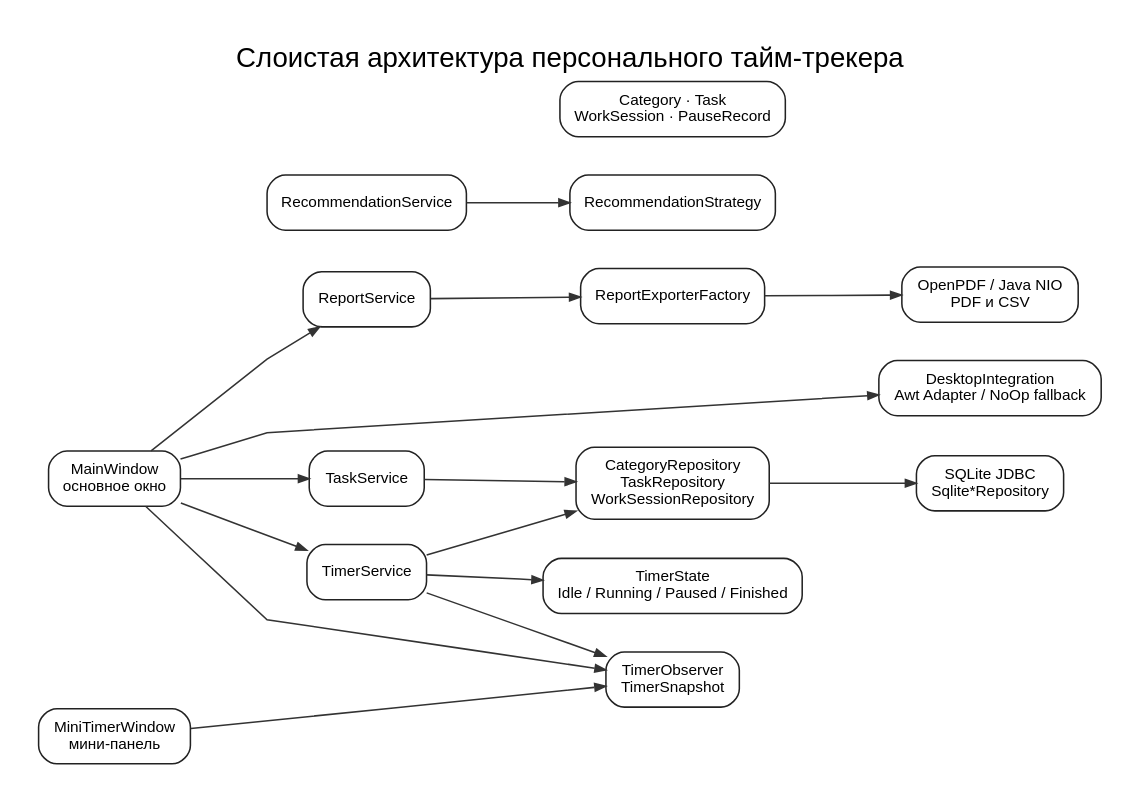
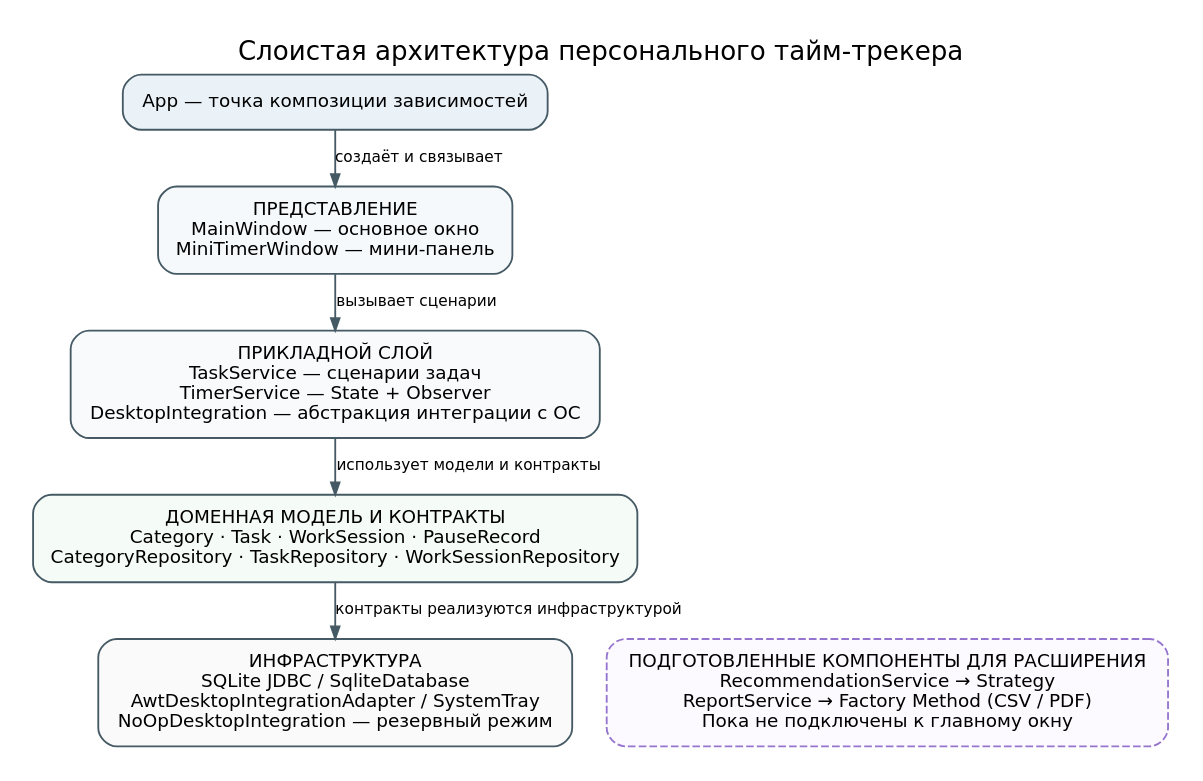
One commit to uhnlyz/khusyainov changed the diagram in docs/practice-3/diagrams/architecture.dot. Above: the diagram before and after it, drawn with Graphviz. The commit also changed 13 other files, not shown here.

Commit message:
Добавлена единая редакция SRS с главой ПР3 и исправленными UML-диаграммами

```diff
--- a/docs/practice-3/diagrams/architecture.dot
+++ b/docs/practice-3/diagrams/architecture.dot
@@ -1,36 +1,17 @@
-
 digraph Architecture {
-  graph [rankdir=LR, bgcolor="white", pad="0.25", nodesep="0.35", ranksep="0.7", splines=polyline, fontname="Arial", label="Слоистая архитектура персонального тайм-трекера", labelloc=t, fontsize=18];
-  node [shape=box, style="rounded", color="#222222", fontname="Arial", fontsize=10, margin="0.14,0.10"];
-  edge [color="#333333", arrowsize=0.7, fontname="Arial", fontsize=8];
-  subgraph cluster_presentation { label="Представление"; color="#777777"; style="rounded";
-    main [label="MainWindow\nосновное окно"];
-    mini [label="MiniTimerWindow\nмини-панель"];
-  }
-  subgraph cluster_application { label="Прикладной слой"; color="#777777"; style="rounded";
-    task [label="TaskService"];
-    timer [label="TimerService"];
-    rec [label="RecommendationService"];
-    report [label="ReportService"];
-  }
-  subgraph cluster_domain { label="Доменная модель и контракты"; color="#777777"; style="rounded";
-    model [label="Category · Task\nWorkSession · PauseRecord"];
-    state [label="TimerState\nIdle / Running / Paused / Finished"];
-    observer [label="TimerObserver\nTimerSnapshot"];
-    strategy [label="RecommendationStrategy"];
-    repos [label="CategoryRepository\nTaskRepository\nWorkSessionRepository"];
-    exporter [label="ReportExporterFactory"];
-  }
-  subgraph cluster_infrastructure { label="Инфраструктура"; color="#777777"; style="rounded";
-    sqlite [label="SQLite JDBC\nSqlite*Repository"];
-    adapter [label="DesktopIntegration\nAwt Adapter / NoOp fallback"];
-    pdf [label="OpenPDF / Java NIO\nPDF и CSV"];
-  }
-  main -> task; main -> timer; main -> report; mini -> observer; main -> observer;
-  timer -> state; timer -> observer; timer -> repos; task -> repos;
-  rec -> strategy; report -> exporter; repos -> sqlite; main -> adapter; exporter -> pdf;
-  {rank=same; main; mini;}
-  {rank=same; task; timer; rec; report;}
-  {rank=same; model; state; observer; strategy; repos; exporter;}
-  {rank=same; sqlite; adapter; pdf;}
+  graph [rankdir=TB, bgcolor="white", pad="0.2", nodesep="0.3", ranksep="0.35", fontname="DejaVu Sans", fontsize=17,
+         label="Слоистая архитектура персонального тайм-трекера", labelloc=t];
+  node [shape=box, style="rounded,filled", color="#455A64", penwidth=1.2, fontname="DejaVu Sans", fontsize=12, margin="0.18,0.12"];
+  edge [color="#455A64", penwidth=1.2, arrowsize=0.8, fontname="DejaVu Sans", fontsize=10];
+  App [label="App — точка композиции зависимостей", fillcolor="#EAF2F8"];
+  Presentation [label="ПРЕДСТАВЛЕНИЕ\nMainWindow — основное окно\nMiniTimerWindow — мини-панель", fillcolor="#F5F9FC"];
+  Application [label="ПРИКЛАДНОЙ СЛОЙ\nTaskService — сценарии задач\nTimerService — State + Observer\nDesktopIntegration — абстракция интеграции с ОС", fillcolor="#F8FAFB"];
+  Domain [label="ДОМЕННАЯ МОДЕЛЬ И КОНТРАКТЫ\nCategory · Task · WorkSession · PauseRecord\nCategoryRepository · TaskRepository · WorkSessionRepository", fillcolor="#F5FBF6"];
+  Infrastructure [label="ИНФРАСТРУКТУРА\nSQLite JDBC / SqliteDatabase\nAwtDesktopIntegrationAdapter / SystemTray\nNoOpDesktopIntegration — резервный режим", fillcolor="#FAFAFA"];
+  Extensions [label="ПОДГОТОВЛЕННЫЕ КОМПОНЕНТЫ ДЛЯ РАСШИРЕНИЯ\nRecommendationService → Strategy\nReportService → Factory Method (CSV / PDF)\nПока не подключены к главному окну", fillcolor="#FCF9FF", style="rounded,dashed,filled", color="#9575CD"];
+  App -> Presentation [label="создаёт и связывает"];
+  Presentation -> Application [label="вызывает сценарии"];
+  Application -> Domain [label="использует модели и контракты"];
+  Domain -> Infrastructure [label="контракты реализуются инфраструктурой"];
+  {rank=same; Infrastructure; Extensions;}
 }
```
